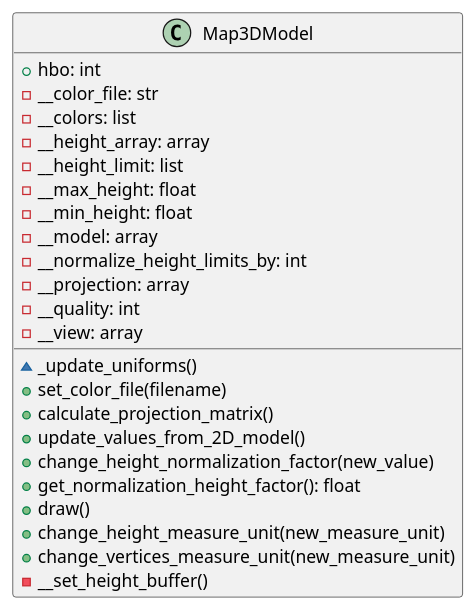
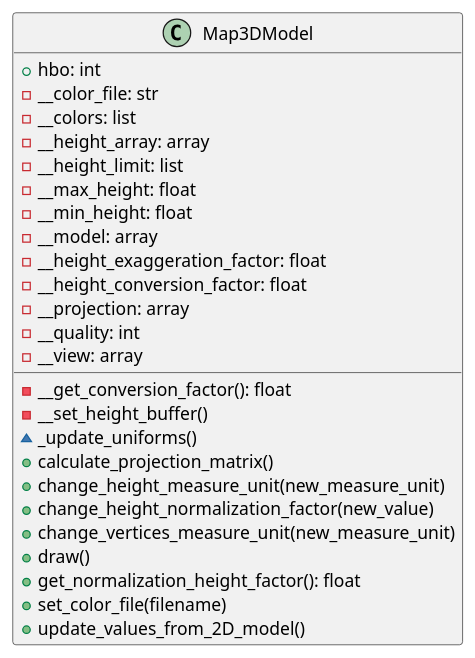
One commit to ferpoble2/Relief_Creator changed the diagram in docs/classes/Map3DModel.puml. Above: the diagram before and after it, drawn with PlantUML. The commit also changed 4 other files, not shown here.

Commit message:
Added units to the 3d models and changes in the vertices height related to the units specified

```diff
--- a/docs/classes/Map3DModel.puml
+++ b/docs/classes/Map3DModel.puml
@@ -1,28 +1,30 @@
 @startuml
 class Map3DModel {
     + hbo: int
     - __color_file: str
     - __colors: list
     - __height_array: array
     - __height_limit: list
     - __max_height: float
     - __min_height: float
     - __model: array
-    - __normalize_height_limits_by: int
+    - __height_exaggeration_factor: float
+    - __height_conversion_factor: float
     - __projection: array
     - __quality: int
     - __view: array
 
+    - __get_conversion_factor(): float
+    - __set_height_buffer()
     ~ _update_uniforms()
+    + calculate_projection_matrix()
+    + change_height_measure_unit(new_measure_unit)
+    + change_height_normalization_factor(new_value)
+    + change_vertices_measure_unit(new_measure_unit)
+    + draw()
+    + get_normalization_height_factor(): float
     + set_color_file(filename)
-    + calculate_projection_matrix()
     + update_values_from_2D_model()
-    + change_height_normalization_factor(new_value)
-    + get_normalization_height_factor(): float
-    + draw()
-    + change_height_measure_unit(new_measure_unit)
-    + change_vertices_measure_unit(new_measure_unit)
-    - __set_height_buffer()
 
 }
 @enduml
```
